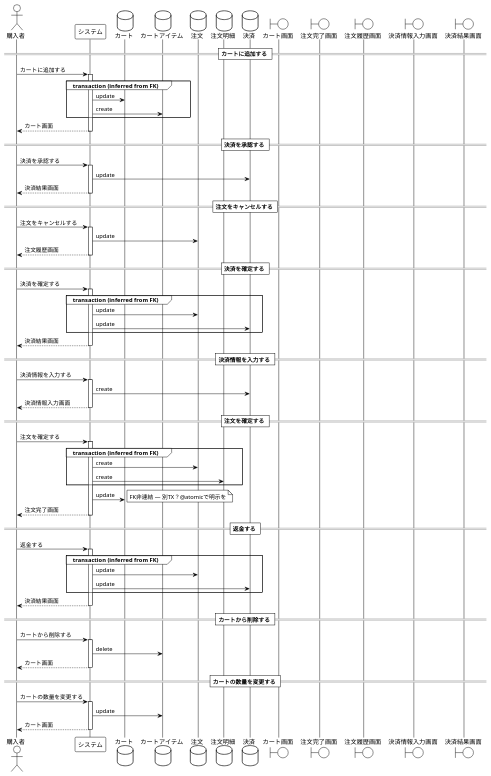
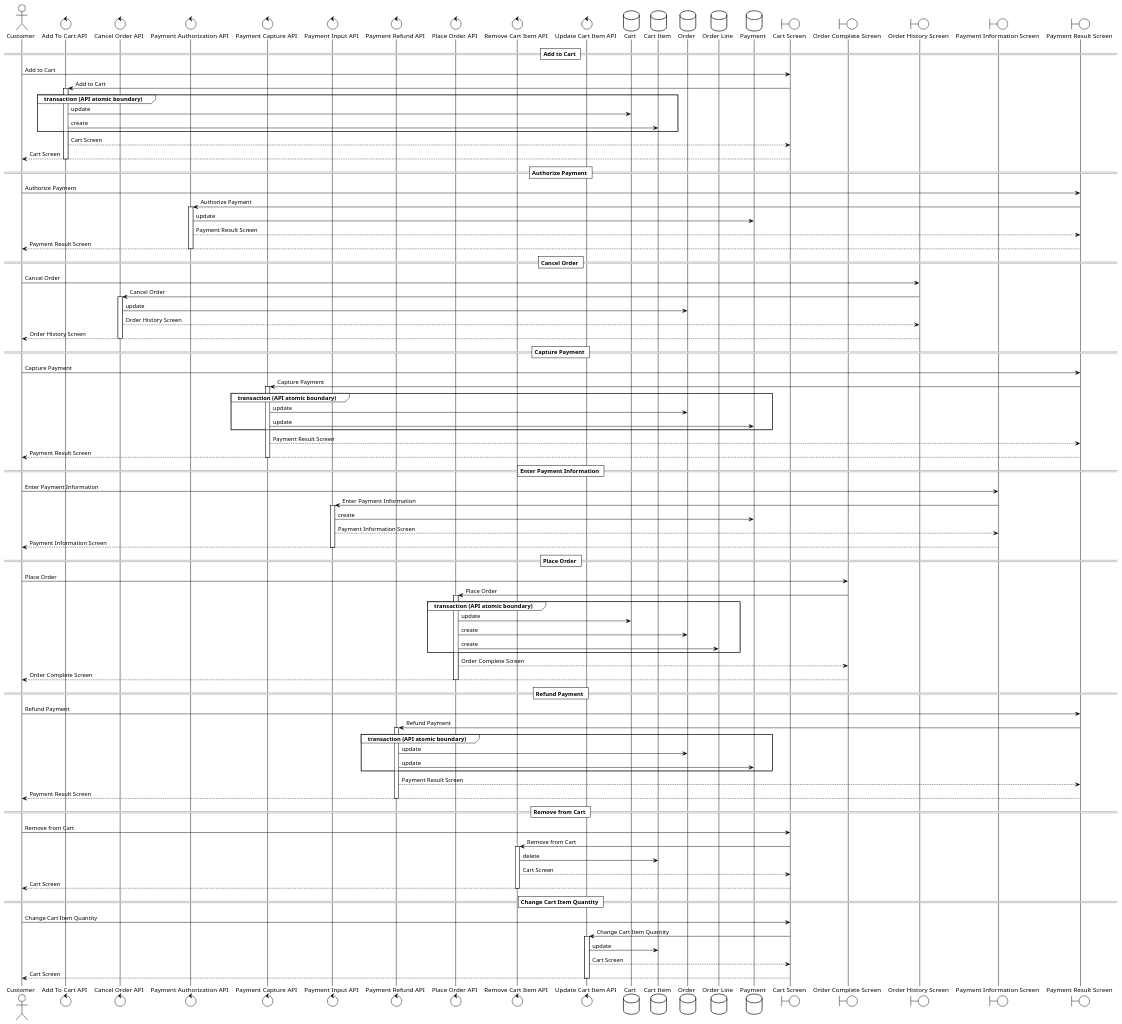
Before and after one commit to manji-0/rdra-ish-dsl: the diagram in samples/ec-site/out/sequence.puml, drawn with PlantUML. The commit also changed 97 other files, not shown here.

```diff
--- a/samples/ec-site/out/sequence.puml
+++ b/samples/ec-site/out/sequence.puml
@@ -1,94 +1,119 @@
 @startuml
 !theme plain
 
-actor "購入者" as Customer
-participant "システム" as System
-database "カート" as Cart
-database "カートアイテム" as CartItem
-database "注文" as Order
-database "注文明細" as OrderLine
-database "決済" as Payment
-boundary "カート画面" as CartScreen
-boundary "注文完了画面" as OrderCompleteScreen
-boundary "注文履歴画面" as OrderHistoryScreen
-boundary "決済情報入力画面" as PaymentInputScreen
-boundary "決済結果画面" as PaymentResultScreen
+actor "Customer" as Customer
+control "Add To Cart API" as AddToCartApi
+control "Cancel Order API" as CancelOrderApi
+control "Payment Authorization API" as PaymentAuthorizationApi
+control "Payment Capture API" as PaymentCaptureApi
+control "Payment Input API" as PaymentInputApi
+control "Payment Refund API" as PaymentRefundApi
+control "Place Order API" as PlaceOrderApi
+control "Remove Cart Item API" as RemoveCartItemApi
+control "Update Cart Item API" as UpdateCartItemApi
+database "Cart" as Cart
+database "Cart Item" as CartItem
+database "Order" as Order
+database "Order Line" as OrderLine
+database "Payment" as Payment
+boundary "Cart Screen" as CartScreen
+boundary "Order Complete Screen" as OrderCompleteScreen
+boundary "Order History Screen" as OrderHistoryScreen
+boundary "Payment Information Screen" as PaymentInputScreen
+boundary "Payment Result Screen" as PaymentResultScreen
 
-== カートに追加する ==
-Customer -> System : カートに追加する
-activate System
-group transaction (inferred from FK)
-System -> Cart : update
-System -> CartItem : create
+== Add to Cart ==
+Customer -> CartScreen : Add to Cart
+CartScreen -> AddToCartApi : Add to Cart
+activate AddToCartApi
+group transaction (API atomic boundary)
+AddToCartApi -> Cart : update
+AddToCartApi -> CartItem : create
 end
-System --> Customer : カート画面
-deactivate System
+AddToCartApi --> CartScreen : Cart Screen
+CartScreen --> Customer : Cart Screen
+deactivate AddToCartApi
 
-== 決済を承認する ==
-Customer -> System : 決済を承認する
-activate System
-System -> Payment : update
-System --> Customer : 決済結果画面
-deactivate System
+== Authorize Payment ==
+Customer -> PaymentResultScreen : Authorize Payment
+PaymentResultScreen -> PaymentAuthorizationApi : Authorize Payment
+activate PaymentAuthorizationApi
+PaymentAuthorizationApi -> Payment : update
+PaymentAuthorizationApi --> PaymentResultScreen : Payment Result Screen
+PaymentResultScreen --> Customer : Payment Result Screen
+deactivate PaymentAuthorizationApi
 
-== 注文をキャンセルする ==
-Customer -> System : 注文をキャンセルする
-activate System
-System -> Order : update
-System --> Customer : 注文履歴画面
-deactivate System
+== Cancel Order ==
+Customer -> OrderHistoryScreen : Cancel Order
+OrderHistoryScreen -> CancelOrderApi : Cancel Order
+activate CancelOrderApi
+CancelOrderApi -> Order : update
+CancelOrderApi --> OrderHistoryScreen : Order History Screen
+OrderHistoryScreen --> Customer : Order History Screen
+deactivate CancelOrderApi
 
-== 決済を確定する ==
-Customer -> System : 決済を確定する
-activate System
-group transaction (inferred from FK)
-System -> Order : update
-System -> Payment : update
+== Capture Payment ==
+Customer -> PaymentResultScreen : Capture Payment
+PaymentResultScreen -> PaymentCaptureApi : Capture Payment
+activate PaymentCaptureApi
+group transaction (API atomic boundary)
+PaymentCaptureApi -> Order : update
+PaymentCaptureApi -> Payment : update
 end
-System --> Customer : 決済結果画面
-deactivate System
+PaymentCaptureApi --> PaymentResultScreen : Payment Result Screen
+PaymentResultScreen --> Customer : Payment Result Screen
+deactivate PaymentCaptureApi
 
-== 決済情報を入力する ==
-Customer -> System : 決済情報を入力する
-activate System
-System -> Payment : create
-System --> Customer : 決済情報入力画面
-deactivate System
+== Enter Payment Information ==
+Customer -> PaymentInputScreen : Enter Payment Information
+PaymentInputScreen -> PaymentInputApi : Enter Payment Information
+activate PaymentInputApi
+PaymentInputApi -> Payment : create
+PaymentInputApi --> PaymentInputScreen : Payment Information Screen
+PaymentInputScreen --> Customer : Payment Information Screen
+deactivate PaymentInputApi
 
-== 注文を確定する ==
-Customer -> System : 注文を確定する
-activate System
-group transaction (inferred from FK)
-System -> Order : create
-System -> OrderLine : create
+== Place Order ==
+Customer -> OrderCompleteScreen : Place Order
+OrderCompleteScreen -> PlaceOrderApi : Place Order
+activate PlaceOrderApi
+group transaction (API atomic boundary)
+PlaceOrderApi -> Cart : update
+PlaceOrderApi -> Order : create
+PlaceOrderApi -> OrderLine : create
 end
-System -> Cart : update
-note right : FK非連結 — 別TX？@atomicで明示を
-System --> Customer : 注文完了画面
-deactivate System
+PlaceOrderApi --> OrderCompleteScreen : Order Complete Screen
+OrderCompleteScreen --> Customer : Order Complete Screen
+deactivate PlaceOrderApi
 
-== 返金する ==
-Customer -> System : 返金する
-activate System
-group transaction (inferred from FK)
-System -> Order : update
-System -> Payment : update
+== Refund Payment ==
+Customer -> PaymentResultScreen : Refund Payment
+PaymentResultScreen -> PaymentRefundApi : Refund Payment
+activate PaymentRefundApi
+group transaction (API atomic boundary)
+PaymentRefundApi -> Order : update
+PaymentRefundApi -> Payment : update
 end
-System --> Customer : 決済結果画面
-deactivate System
+PaymentRefundApi --> PaymentResultScreen : Payment Result Screen
+PaymentResultScreen --> Customer : Payment Result Screen
+deactivate PaymentRefundApi
 
-== カートから削除する ==
-Customer -> System : カートから削除する
-activate System
-System -> CartItem : delete
-System --> Customer : カート画面
-deactivate System
+== Remove from Cart ==
+Customer -> CartScreen : Remove from Cart
+CartScreen -> RemoveCartItemApi : Remove from Cart
+activate RemoveCartItemApi
+RemoveCartItemApi -> CartItem : delete
+RemoveCartItemApi --> CartScreen : Cart Screen
+CartScreen --> Customer : Cart Screen
+deactivate RemoveCartItemApi
 
-== カートの数量を変更する ==
-Customer -> System : カートの数量を変更する
-activate System
-System -> CartItem : update
-System --> Customer : カート画面
-deactivate System
+== Change Cart Item Quantity ==
+Customer -> CartScreen : Change Cart Item Quantity
+CartScreen -> UpdateCartItemApi : Change Cart Item Quantity
+activate UpdateCartItemApi
+UpdateCartItemApi -> CartItem : update
+UpdateCartItemApi --> CartScreen : Cart Screen
+CartScreen --> Customer : Cart Screen
+deactivate UpdateCartItemApi
 
 @enduml
```
